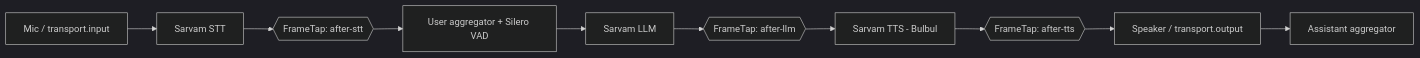
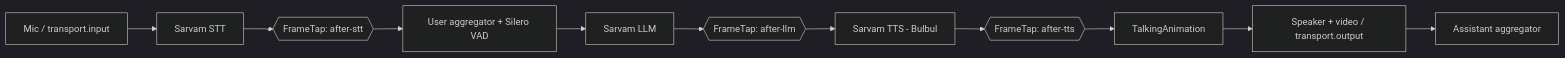
One commit to swapnilchavan18901/voice-agent-with-pipecat changed the diagram in README.md. Above: the diagram before and after it, drawn with Mermaid (dark theme). The commit also changed other lines of this file, not shown here.

````diff
--- a/README.md
+++ b/README.md
@@ -27,12 +28,13 @@
 ```mermaid
 flowchart LR
     A[Mic / transport.input] --> B[Sarvam STT]
     B --> T1{{FrameTap: after-stt}}
     T1 --> C[User aggregator + Silero VAD]
     C --> D[Sarvam LLM]
     D --> T2{{FrameTap: after-llm}}
     T2 --> E[Sarvam TTS - Bulbul]
     E --> T3{{FrameTap: after-tts}}
-    T3 --> G[Speaker / transport.output]
+    T3 --> F[TalkingAnimation]
+    F --> G[Speaker + video / transport.output]
     G --> H[Assistant aggregator]
 ```
````
